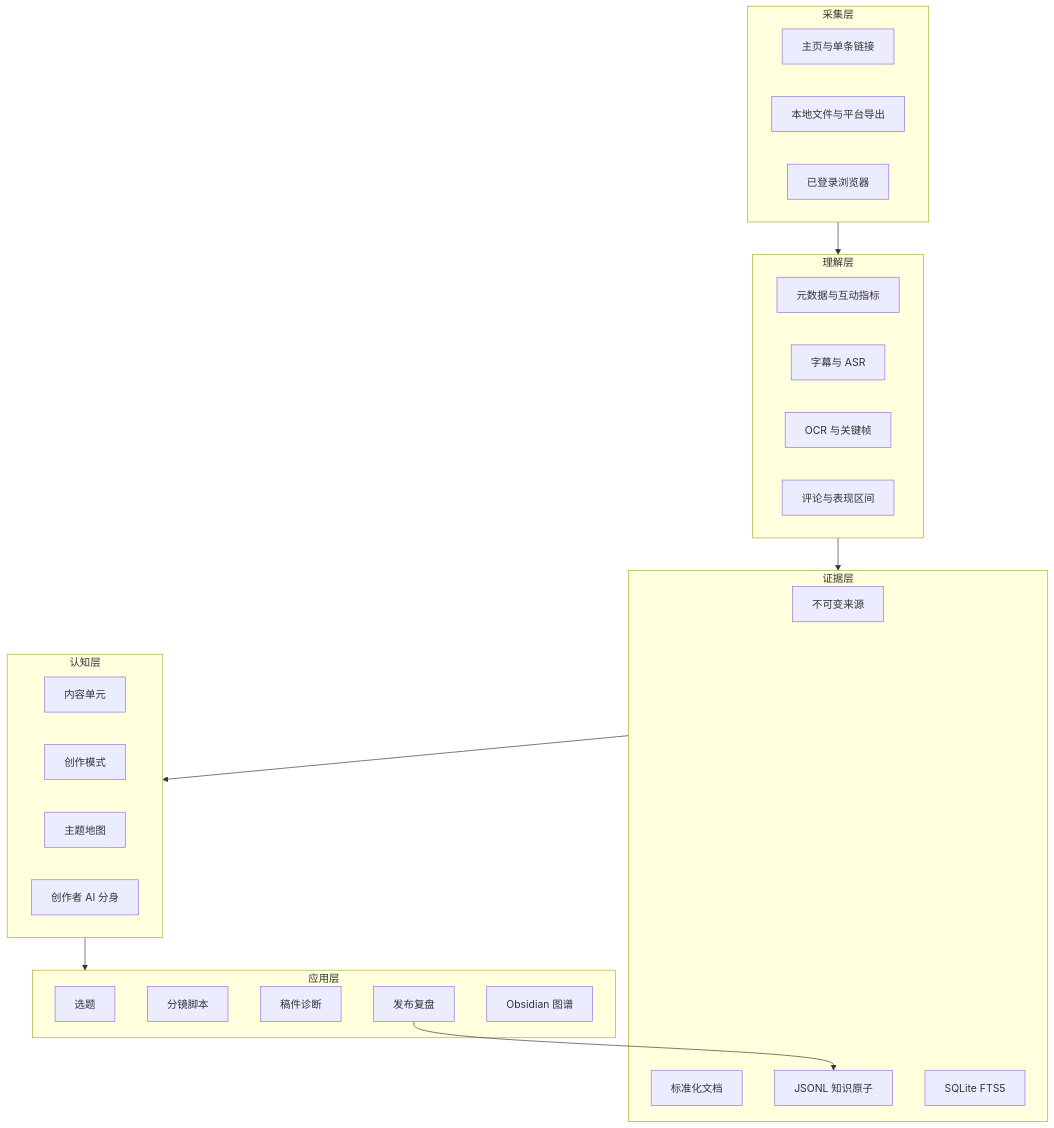
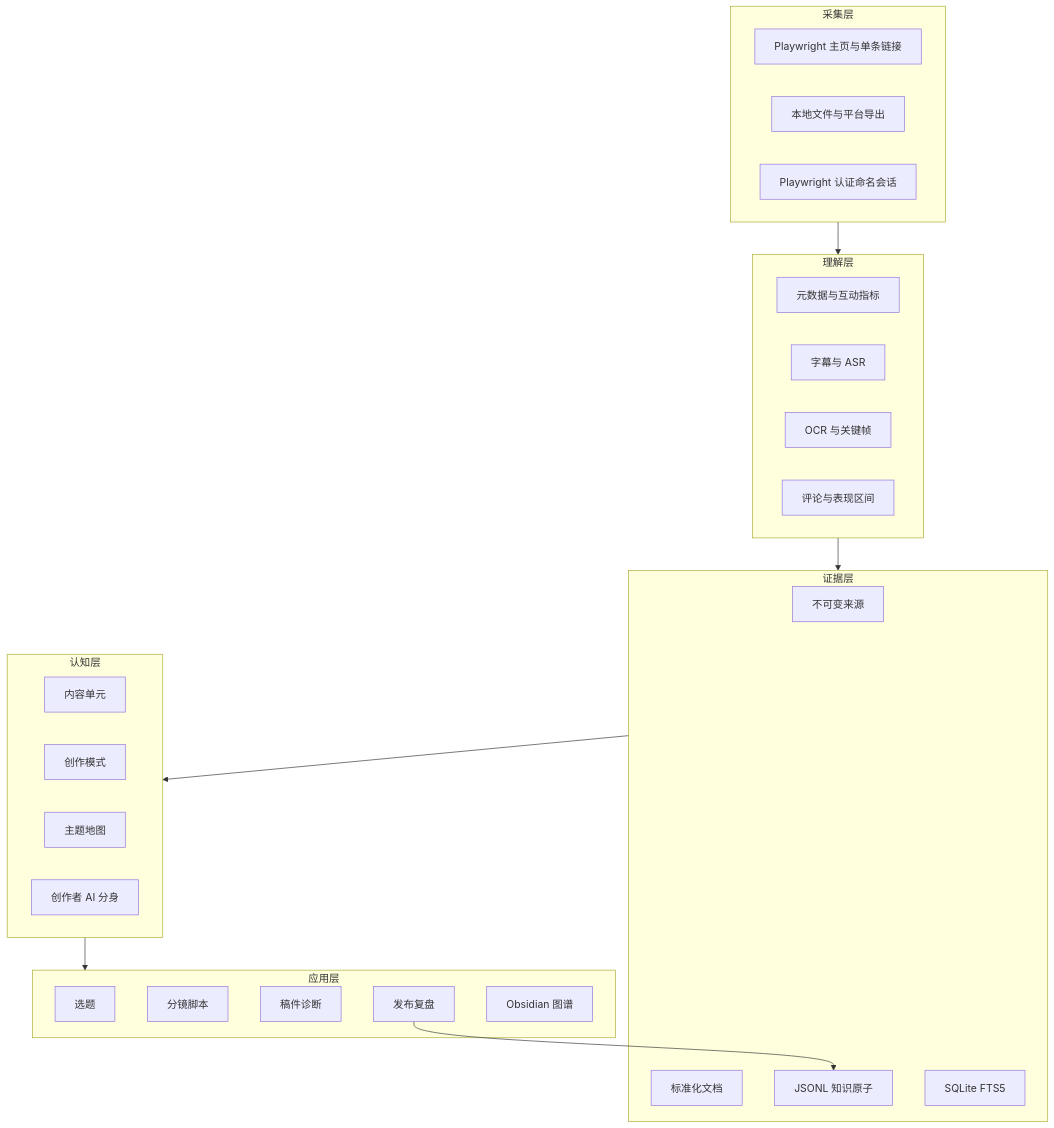
One commit to renyi9044-png/creator-clone-lab changed the first of 2 diagrams in docs/architecture.md. Above: the diagram before and after it, drawn with Mermaid. The commit also changed 9 other files, not shown here.

````diff
--- a/docs/architecture.md
+++ b/docs/architecture.md
@@ -9,35 +9,35 @@
 ```mermaid
 flowchart TB
     subgraph L1[采集层]
-        A1[主页与单条链接]
+        A1[Playwright 主页与单条链接]
         A2[本地文件与平台导出]
-        A3[已登录浏览器]
+        A3[Playwright 认证命名会话]
     end
     subgraph L2[理解层]
         B1[元数据与互动指标]
         B2[字幕与 ASR]
         B3[OCR 与关键帧]
         B4[评论与表现区间]
     end
     subgraph L3[证据层]
         C1[不可变来源]
         C2[标准化文档]
         C3[JSONL 知识原子]
         C4[SQLite FTS5]
     end
     subgraph L4[认知层]
         D1[内容单元]
         D2[创作模式]
         D3[主题地图]
         D4[创作者 AI 分身]
     end
     subgraph L5[应用层]
         E1[选题]
         E2[分镜脚本]
         E3[稿件诊断]
         E4[发布复盘]
         E5[Obsidian 图谱]
     end
     L1 --> L2 --> L3 --> L4 --> L5
     E4 --> C3
 ```
````
